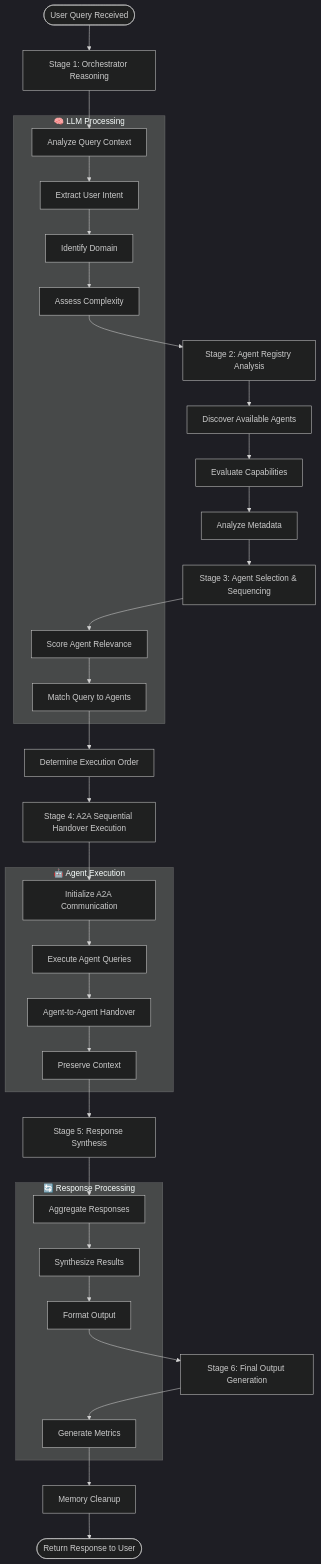
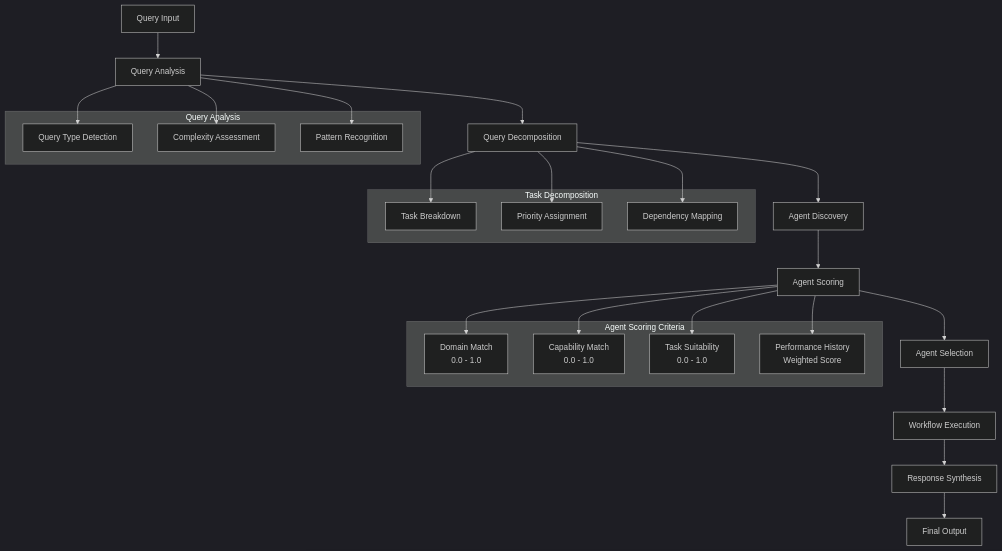
Before and after one commit to ashfrnndz21/AgentOS_Latest_Release: the third of 5 diagrams in docs/WORKFLOW_DIAGRAMS.md, drawn with Mermaid (dark theme). The commit also changed other lines of this file and 6 other files, not shown here.

````diff
--- a/docs/WORKFLOW_DIAGRAMS.md
+++ b/docs/WORKFLOW_DIAGRAMS.md
@@ -42,58 +86,43 @@
 ```mermaid
 flowchart TD
-    START([User Query Received]) --> STAGE1[Stage 1: Orchestrator Reasoning]
+    Q[Query Input] --> QA[Query Analysis]
+    QA --> QD[Query Decomposition]
+    QD --> AD[Agent Discovery]
+    AD --> AS[Agent Scoring]
+    AS --> ASel[Agent Selection]
+    ASel --> WE[Workflow Execution]
+    WE --> RS[Response Synthesis]
+    RS --> OUT[Final Output]
     
-    STAGE1 --> ANALYZE[Analyze Query Context]
-    ANALYZE --> INTENT[Extract User Intent]
-    INTENT --> DOMAIN[Identify Domain]
-    DOMAIN --> COMPLEX[Assess Complexity]
-    
-    COMPLEX --> STAGE2[Stage 2: Agent Registry Analysis]
-    STAGE2 --> DISCOVER[Discover Available Agents]
-    DISCOVER --> CAPABILITIES[Evaluate Capabilities]
-    CAPABILITIES --> METADATA[Analyze Metadata]
-    
-    METADATA --> STAGE3[Stage 3: Agent Selection & Sequencing]
-    STAGE3 --> SCORE[Score Agent Relevance]
-    SCORE --> MATCH[Match Query to Agents]
-    MATCH --> SEQUENCE[Determine Execution Order]
-    
-    SEQUENCE --> STAGE4[Stage 4: A2A Sequential Handover Execution]
-    STAGE4 --> INIT_A2A[Initialize A2A Communication]
-    INIT_A2A --> EXECUTE[Execute Agent Queries]
-    EXECUTE --> HANDOVER[Agent-to-Agent Handover]
-    HANDOVER --> CONTEXT[Preserve Context]
-    
-    CONTEXT --> STAGE5[Stage 5: Response Synthesis]
-    STAGE5 --> AGGREGATE[Aggregate Responses]
-    AGGREGATE --> SYNTHESIZE[Synthesize Results]
-    SYNTHESIZE --> FORMAT[Format Output]
-    
-    FORMAT --> STAGE6[Stage 6: Final Output Generation]
-    STAGE6 --> METRICS[Generate Metrics]
-    METRICS --> CLEANUP[Memory Cleanup]
-    CLEANUP --> RESPONSE([Return Response to User])
-    
-    subgraph "🧠 LLM Processing"
-        ANALYZE
-        INTENT
-        DOMAIN
-        COMPLEX
-        SCORE
-        MATCH
+    subgraph "Query Analysis"
+        QT[Query Type Detection]
+        QC[Complexity Assessment]
+        QP[Pattern Recognition]
     end
     
-    subgraph "🤖 Agent Execution"
-        INIT_A2A
-        EXECUTE
-        HANDOVER
-        CONTEXT
+    subgraph "Task Decomposition"
+        TD[Task Breakdown]
+        TP[Priority Assignment]
+        TDeps[Dependency Mapping]
     end
     
-    subgraph "🔄 Response Processing"
-        AGGREGATE
-        SYNTHESIZE
-        FORMAT
-        METRICS
+    subgraph "Agent Scoring Criteria"
+        DM[Domain Match<br/>0.0 - 1.0]
+        CM[Capability Match<br/>0.0 - 1.0]
+        TS[Task Suitability<br/>0.0 - 1.0]
+        PH[Performance History<br/>Weighted Score]
     end
+    
+    QA --> QT
+    QA --> QC
+    QA --> QP
+    
+    QD --> TD
+    QD --> TP
+    QD --> TDeps
+    
+    AS --> DM
+    AS --> CM
+    AS --> TS
+    AS --> PH
 ```
````
